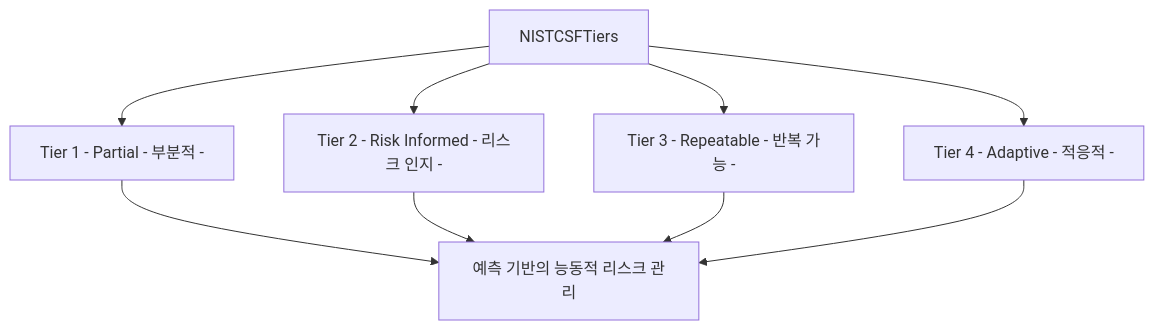
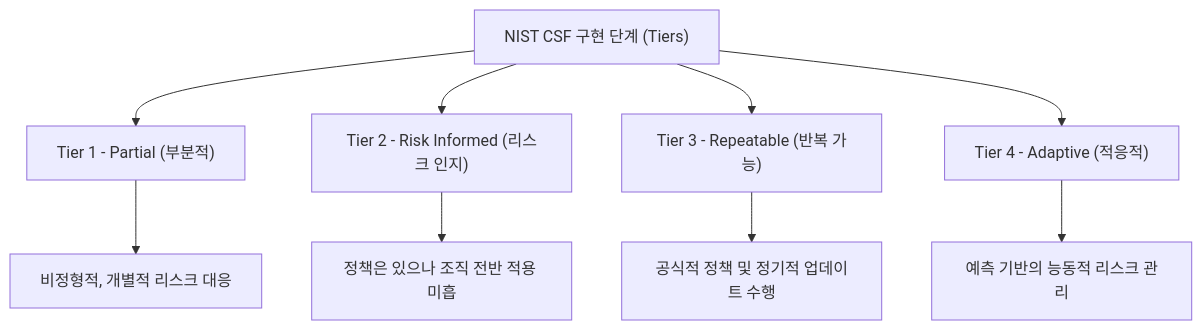
One commit to jeonck/fw-thinking changed the second of 2 diagrams in docs/08-security-governance/nist-csf.md. Above: the diagram before and after it, drawn with Mermaid. The commit also changed 3 other files, not shown here.

````diff
--- a/docs/08-security-governance/nist-csf.md
+++ b/docs/08-security-governance/nist-csf.md
@@ -50,11 +50,11 @@
 ```mermaid
 flowchart TD
-  NISTCSFTiers --> Tier1Partial[Tier 1 - Partial - 부분적 -]
-  Tier1Partial --> Node12[비정형적, 개별적 리스크 대응]
-  NISTCSFTiers --> Tier2RiskInformed[Tier 2 - Risk Informed - 리스크 인지 -]
-  Tier2RiskInformed --> Node12[정책은 있으나 조직 전반 적용 미흡]
-  NISTCSFTiers --> Tier3Repeatable[Tier 3 - Repeatable - 반복 가능 -]
-  Tier3Repeatable --> Node12[공식적 정책 및 정기적 업데이트 수행]
-  NISTCSFTiers --> Tier4Adaptive[Tier 4 - Adaptive - 적응적 -]
-  Tier4Adaptive --> Node12[예측 기반의 능동적 리스크 관리]
+  NISTCSFTiers["NIST CSF 구현 단계 (Tiers)"] --> Tier1Partial["Tier 1 - Partial (부분적)"]
+  Tier1Partial --> Desc1["비정형적, 개별적 리스크 대응"]
+  NISTCSFTiers --> Tier2RiskInformed["Tier 2 - Risk Informed (리스크 인지)"]
+  Tier2RiskInformed --> Desc2["정책은 있으나 조직 전반 적용 미흡"]
+  NISTCSFTiers --> Tier3Repeatable["Tier 3 - Repeatable (반복 가능)"]
+  Tier3Repeatable --> Desc3["공식적 정책 및 정기적 업데이트 수행"]
+  NISTCSFTiers --> Tier4Adaptive["Tier 4 - Adaptive (적응적)"]
+  Tier4Adaptive --> Desc4["예측 기반의 능동적 리스크 관리"]
 ```
````
